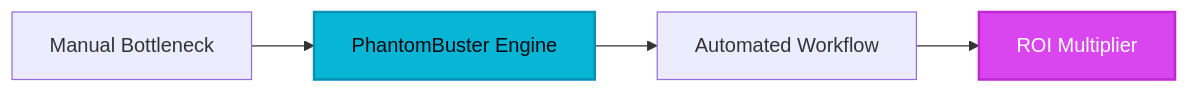
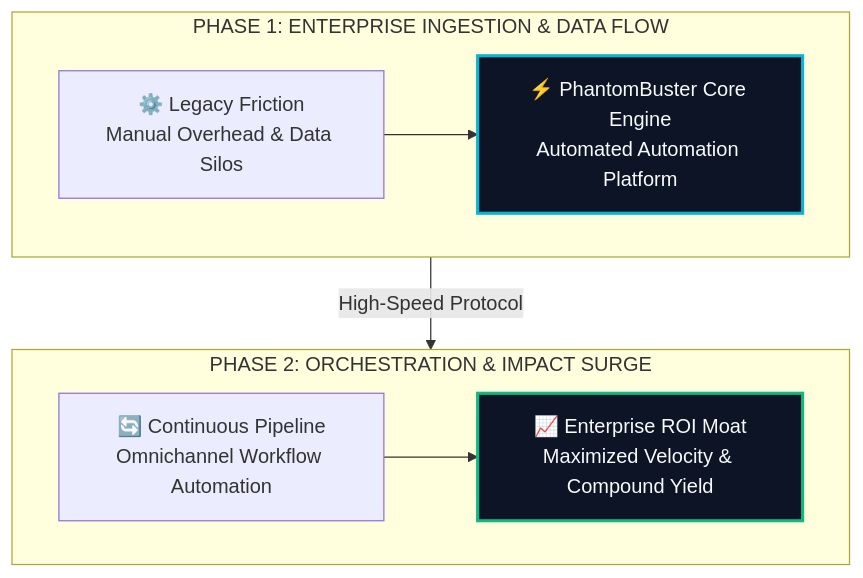
Before and after one commit to heliatech-media/saas-radar: the diagram in site/src/content/blog/phantombuster-evolution-guide-2026.md, drawn with Mermaid. The commit also changed 97 other files, not shown here.

First line of the commit message:
feat(diagrams): upgrade all article architecture schemas to high-impact 2-tier responsive vector blueprints

````diff
--- a/site/src/content/blog/phantombuster-evolution-guide-2026.md
+++ b/site/src/content/blog/phantombuster-evolution-guide-2026.md
@@ -50,8 +50,14 @@
 ```mermaid
-flowchart LR
-    A[Manual Bottleneck] --> B[PhantomBuster Engine]
-    B --> C[Automated Workflow]
-    C --> D[ROI Multiplier]
-    style B fill:#06b6d4,stroke:#0891b2,stroke-width:2px,color:#030712
-    style D fill:#d946ef,stroke:#c026d3,stroke-width:2px,color:#ffffff
+flowchart TD
+    subgraph S1["PHASE 1: ENTERPRISE INGESTION & DATA FLOW"]
+        direction LR
+        A["⚙️ Legacy Friction<br/>Manual Overhead & Data Silos"] --> B["⚡ PhantomBuster Core Engine<br/>Automated Automation Platform"]
+    end
+    subgraph S2["PHASE 2: ORCHESTRATION & IMPACT SURGE"]
+        direction LR
+        C["🔄 Continuous Pipeline<br/>Omnichannel Workflow Automation"] --> D["📈 Enterprise ROI Moat<br/>Maximized Velocity & Compound Yield"]
+    end
+    S1 -->|High-Speed Protocol| S2
+    style B fill:#0c1425,stroke:#06b6d4,stroke-width:2.5px,color:#f8fafc
+    style D fill:#0c1425,stroke:#10b981,stroke-width:2.5px,color:#f8fafc
 ```
````
